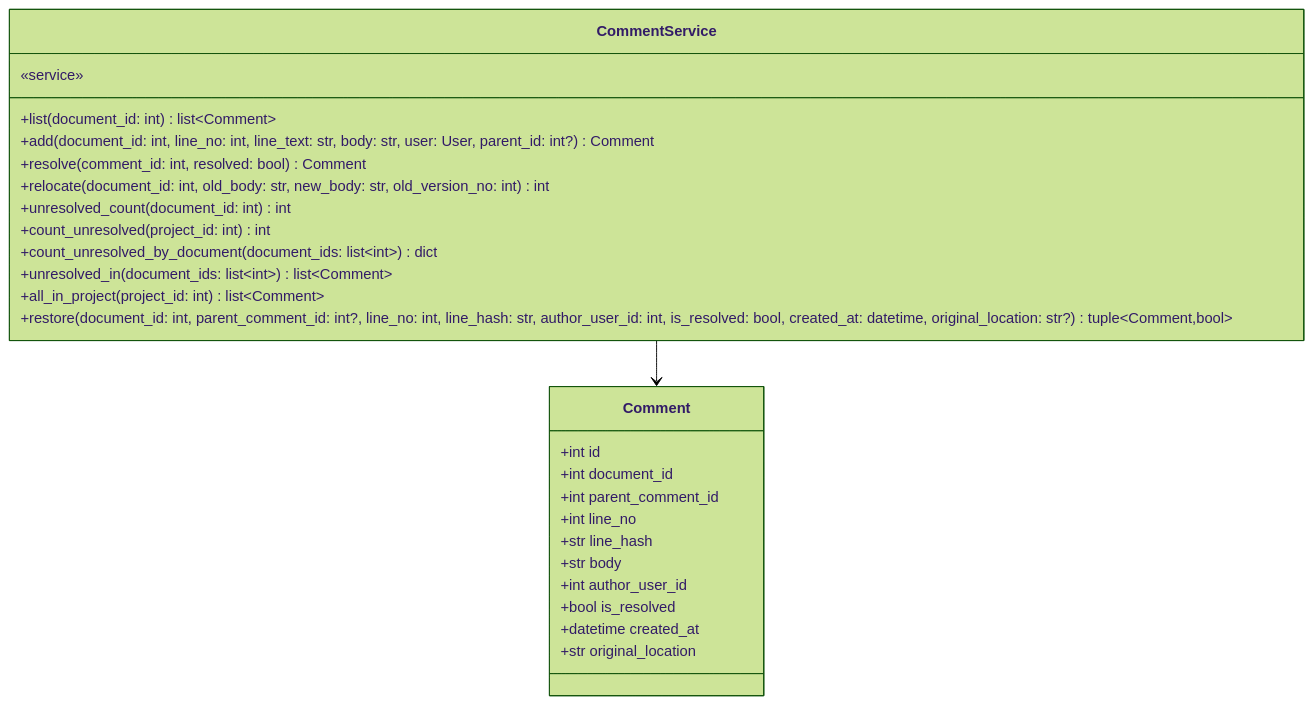
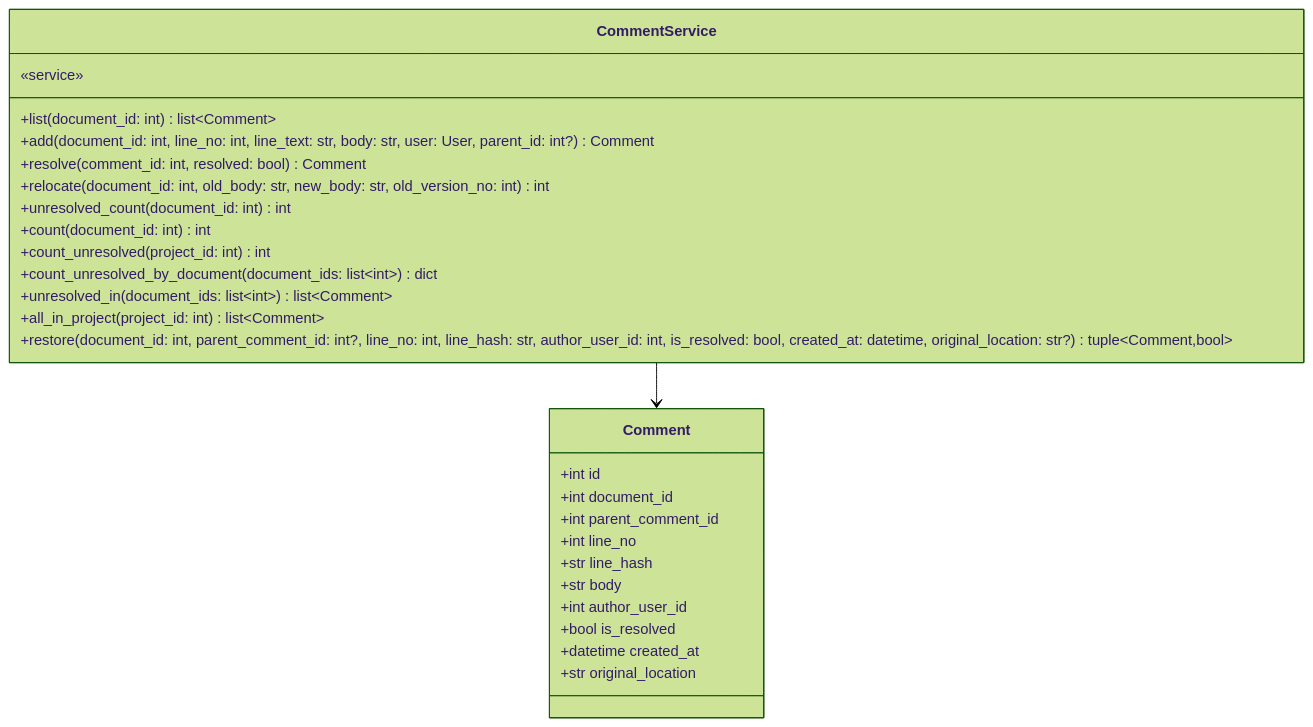
One commit to HoyoungParkme/syncdoc changed diagram 20 of 21 in docs/specs/06-DOM/SYNC-DOM-002.md. Above: the diagram before and after it, drawn with Mermaid (forest theme). The commit also changed other lines of this file and 38 other files, not shown here.

````diff
--- a/docs/specs/06-DOM/SYNC-DOM-002.md
+++ b/docs/specs/06-DOM/SYNC-DOM-002.md
@@ -851,29 +855,30 @@
 ```mermaid
 classDiagram
     class CommentService {
         «service»
         +list(document_id: int) list~Comment~
         +add(document_id: int, line_no: int, line_text: str, body: str, user: User, parent_id: int?) Comment
         +resolve(comment_id: int, resolved: bool) Comment
         +relocate(document_id: int, old_body: str, new_body: str, old_version_no: int) int
         +unresolved_count(document_id: int) int
+        +count(document_id: int) int
         +count_unresolved(project_id: int) int
         +count_unresolved_by_document(document_ids: list~int~) dict
         +unresolved_in(document_ids: list~int~) list~Comment~
         +all_in_project(project_id: int) list~Comment~
         +restore(document_id: int, parent_comment_id: int?, line_no: int, line_hash: str, author_user_id: int, is_resolved: bool, created_at: datetime, original_location: str?) tuple~Comment,bool~
     }
     class Comment {
         +int id
         +int document_id
         +int parent_comment_id
         +int line_no
         +str line_hash
         +str body
         +int author_user_id
         +bool is_resolved
         +datetime created_at
         +str original_location
     }
     CommentService --> Comment
 ```
````
